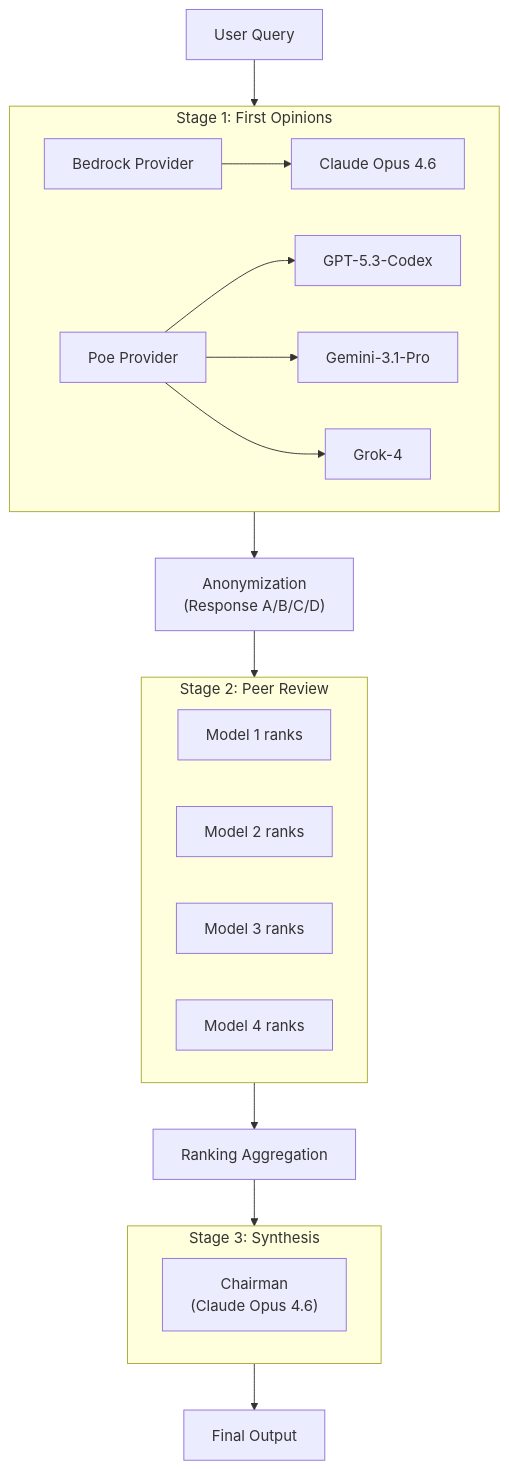
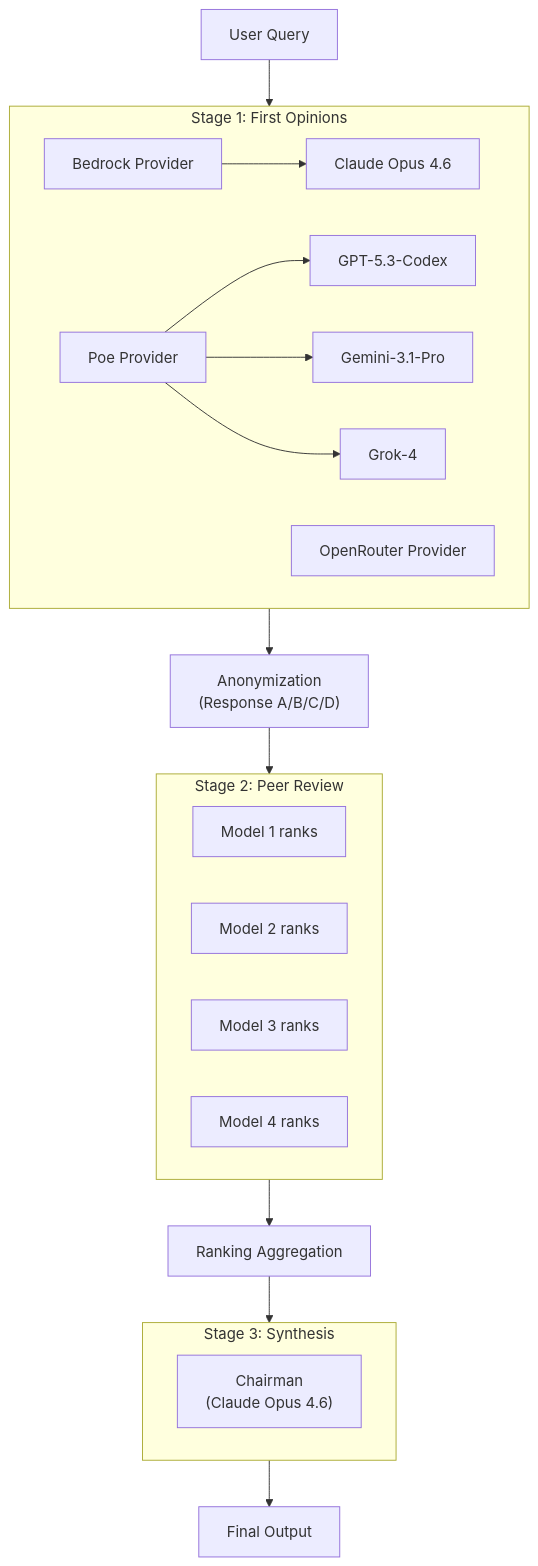
The diagram in README.md (0ri/llm-council), drawn with Mermaid before and after one commit. The commit also changed other lines of this file and 18 other files, not shown here.

First line of the commit message:
Add OpenRouter provider, execution modes, model discovery, flattener, and coverage

````diff
--- a/README.md
+++ b/README.md
@@ -19,43 +20,44 @@
 ```mermaid
 flowchart TD
     Q["User Query"]
 
     subgraph Stage1["Stage 1: First Opinions"]
         direction LR
         B["Bedrock Provider"]
         P["Poe Provider"]
+        O["OpenRouter Provider"]
         M1["Claude Opus 4.6"]
         M2["GPT-5.3-Codex"]
         M3["Gemini-3.1-Pro"]
         M4["Grok-4"]
         B --> M1
         P --> M2
         P --> M3
         P --> M4
     end
 
     A["Anonymization<br/>(Response A/B/C/D)"]
 
     subgraph Stage2["Stage 2: Peer Review"]
         direction LR
         R1["Model 1 ranks"]
         R2["Model 2 ranks"]
         R3["Model 3 ranks"]
         R4["Model 4 ranks"]
     end
 
     AGG["Ranking Aggregation"]
 
     subgraph Stage3["Stage 3: Synthesis"]
         CH["Chairman<br/>(Claude Opus 4.6)"]
     end
 
     OUT["Final Output"]
 
     Q --> Stage1
     Stage1 --> A
     A --> Stage2
     Stage2 --> AGG
     AGG --> Stage3
     Stage3 --> OUT
 ```
````
